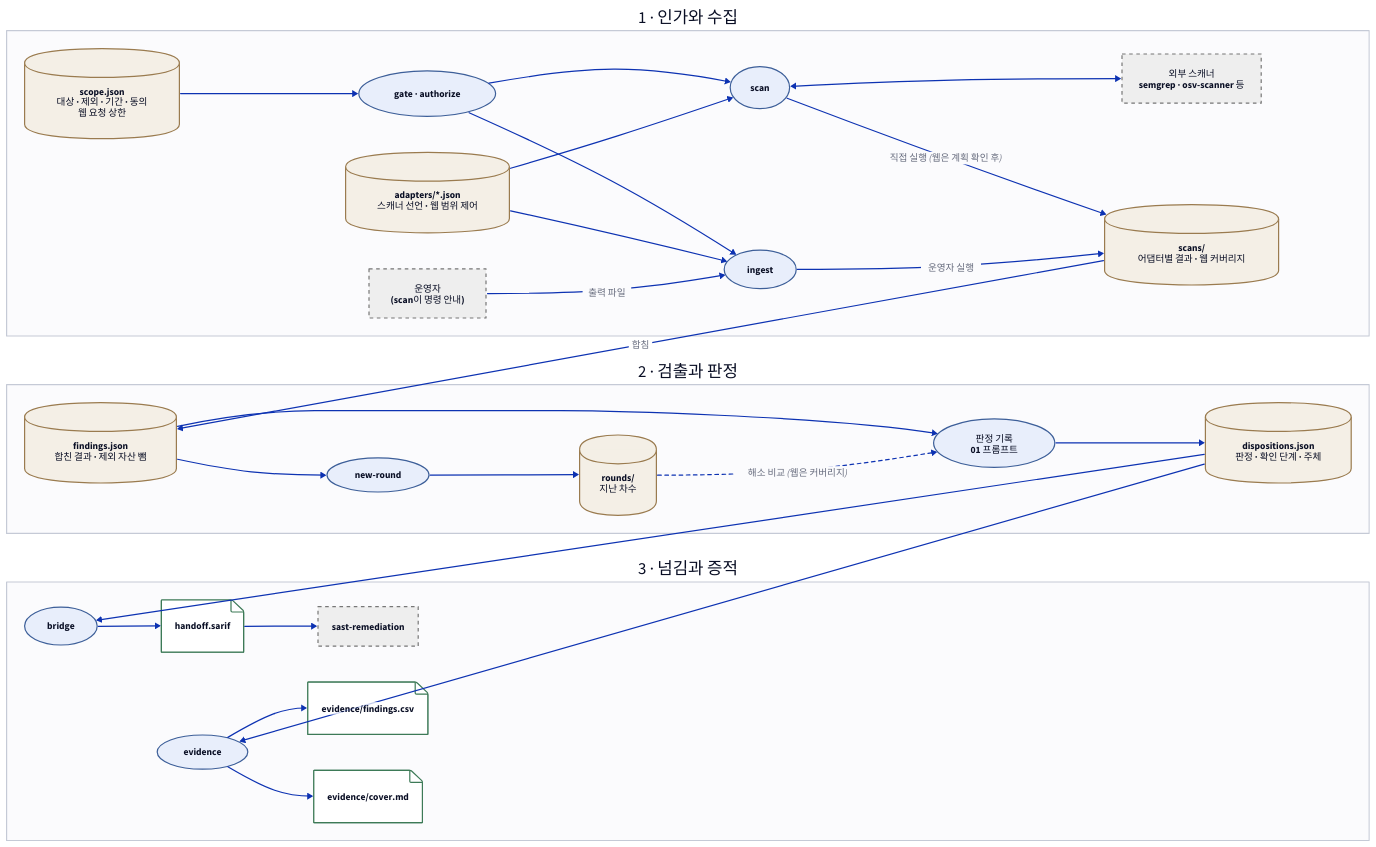
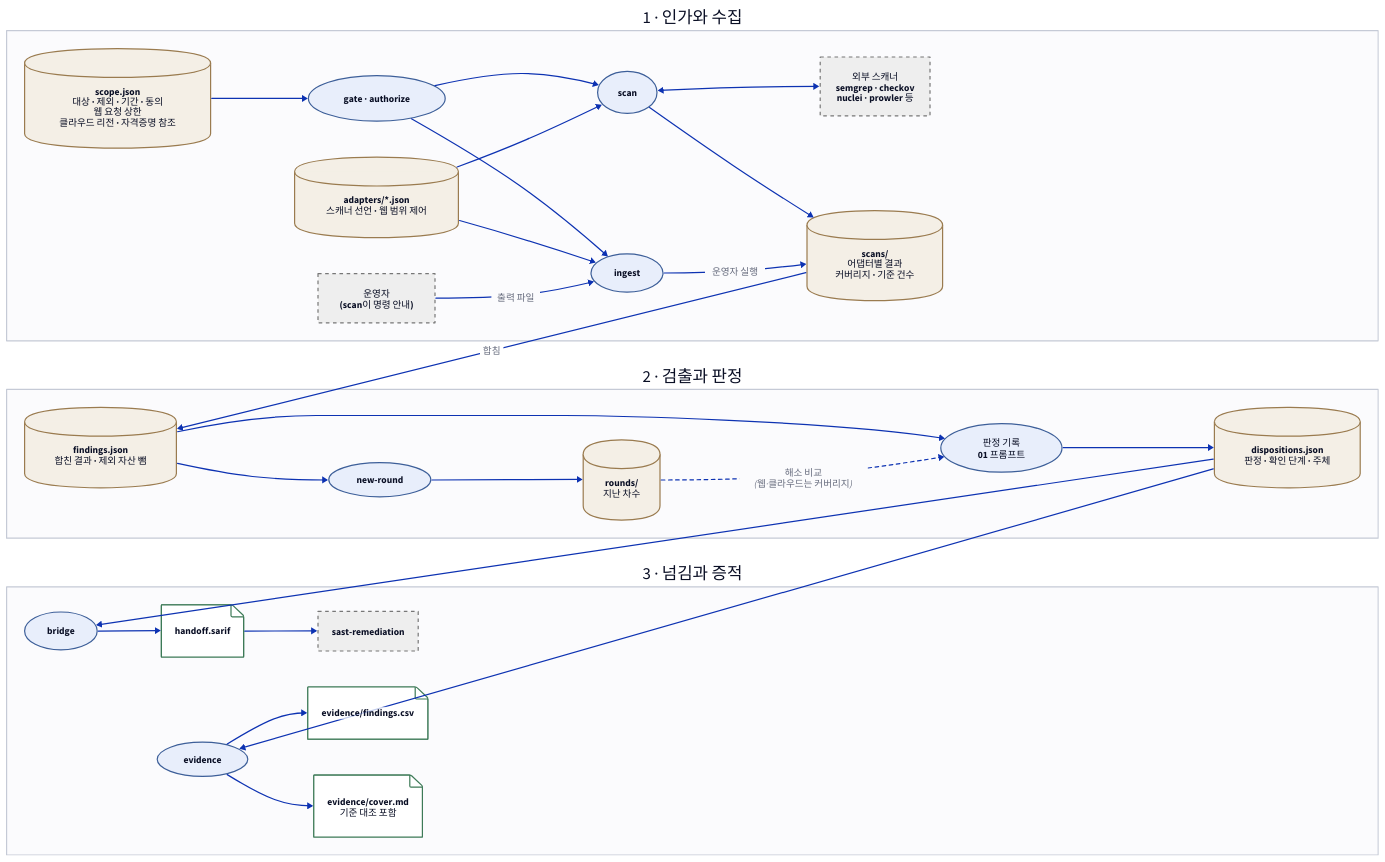
Before and after one commit to seo0tak/agent-skills: the diagram in skills/security-assessment/toolkit/docs/diagrams/architecture.d2, drawn with D2. The commit also changed 35 other files, not shown here.

```diff
--- a/skills/security-assessment/toolkit/docs/diagrams/architecture.d2
+++ b/skills/security-assessment/toolkit/docs/diagrams/architecture.d2
@@ -1,59 +1,59 @@
 # security-assessment 구조도. 고친 뒤 저장소 루트에서 python3 scripts/render_diagrams.py
 grid-rows: 3
 grid-gap: 40
 classes: {
   store: {shape: cylinder; style: {fill: "#f4efe6"; stroke: "#9a7b4f"}}
   proc: {shape: oval; style: {fill: "#e8eefb"; stroke: "#3d5f99"}}
   ext: {style: {fill: "#eeeeee"; stroke: "#777777"; stroke-dash: 3}}
   out: {shape: page; style: {fill: "#ffffff"; stroke: "#3d7a57"}}
   stage: {style: {fill: "#fbfbfd"; stroke: "#c5cad6"}}
 }
 collect: "1 · 인가와 수집" {
   class: stage
   direction: right
-  scope: "scope.json\n대상 · 제외 · 기간 · 동의\n웹 요청 상한" {class: store}
+  scope: "scope.json\n대상 · 제외 · 기간 · 동의\n웹 요청 상한\n클라우드 리전 · 자격증명 참조" {class: store}
   adapters: "adapters/*.json\n스캐너 선언 · 웹 범위 제어" {class: store}
   gate: "gate · authorize" {class: proc}
   scan: "scan" {class: proc}
-  ext: "외부 스캐너\nsemgrep · osv-scanner 등" {class: ext}
+  ext: "외부 스캐너\nsemgrep · checkov\nnuclei · prowler 등" {class: ext}
   operator: "운영자\n(scan이 명령 안내)" {class: ext}
   ingest: "ingest" {class: proc}
-  scans: "scans/\n어댑터별 결과 · 웹 커버리지" {class: store}
+  scans: "scans/\n어댑터별 결과\n커버리지 · 기준 건수" {class: store}
   scope -> gate
   gate -> scan
   gate -> ingest
   adapters -> scan
   adapters -> ingest
   scan <-> ext
-  scan -> scans: "직접 실행 (웹은 계획 확인 후)"
+  scan -> scans
   operator -> ingest: "출력 파일"
   ingest -> scans: "운영자 실행"
 }
 judge: "2 · 검출과 판정" {
   class: stage
   direction: right
   findings: "findings.json\n합친 결과 · 제외 자산 뺌" {class: store}
   round: "new-round" {class: proc}
   rounds: "rounds/\n지난 차수" {class: store}
   dispositions: "판정 기록\n01 프롬프트" {class: proc}
   disp: "dispositions.json\n판정 · 확인 단계 · 주체" {class: store}
   findings -> round -> rounds
   findings -> dispositions -> disp
-  rounds -> dispositions: "해소 비교 (웹은 커버리지)" {style.stroke-dash: 3}
+  rounds -> dispositions: "해소 비교\n(웹·클라우드는 커버리지)" {style.stroke-dash: 3}
 }
 out: "3 · 넘김과 증적" {
   class: stage
   direction: right
   bridge: "bridge" {class: proc}
   sarif: "handoff.sarif" {class: out}
   sr: "sast-remediation" {class: ext}
   ev: "evidence" {class: proc}
   csv: "evidence/findings.csv" {class: out}
-  cover: "evidence/cover.md" {class: out}
+  cover: "evidence/cover.md\n기준 대조 포함" {class: out}
   bridge -> sarif -> sr
   ev -> csv
   ev -> cover
 }
 collect.scans -> judge.findings: "합침"
 judge.disp -> out.bridge
 judge.disp -> out.ev
```
